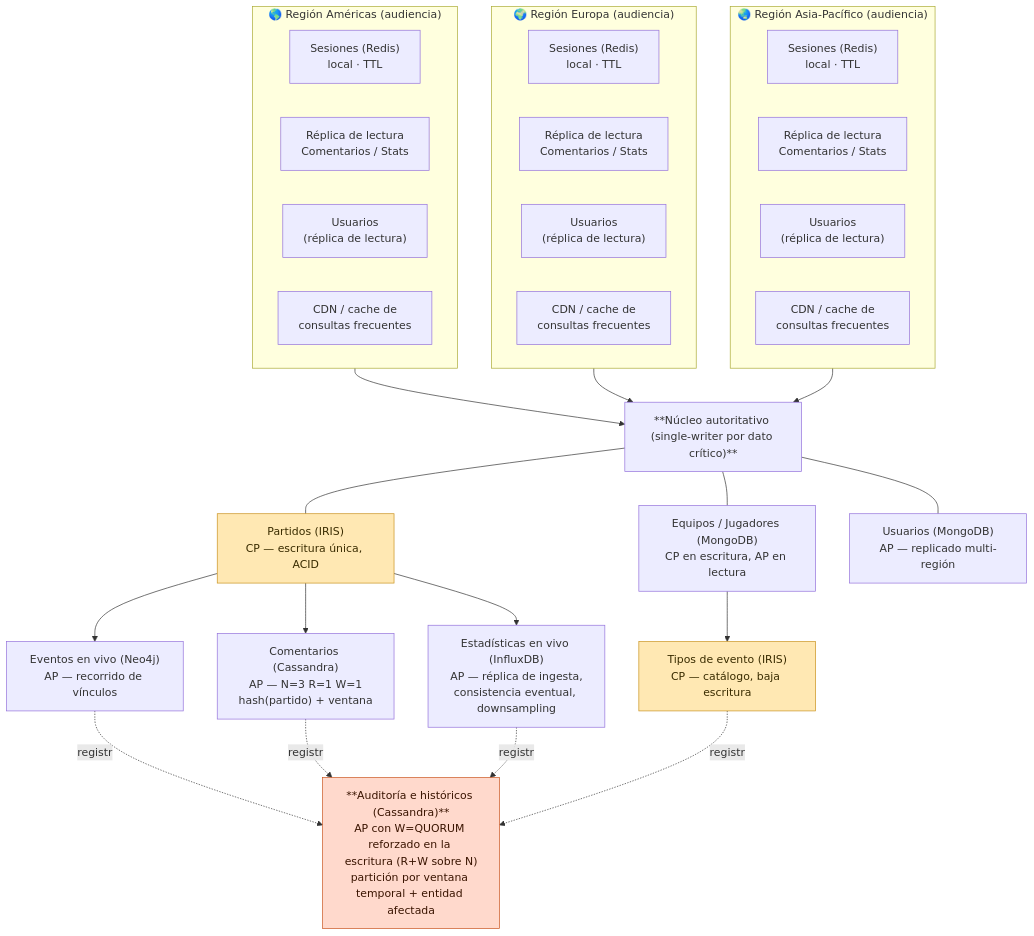
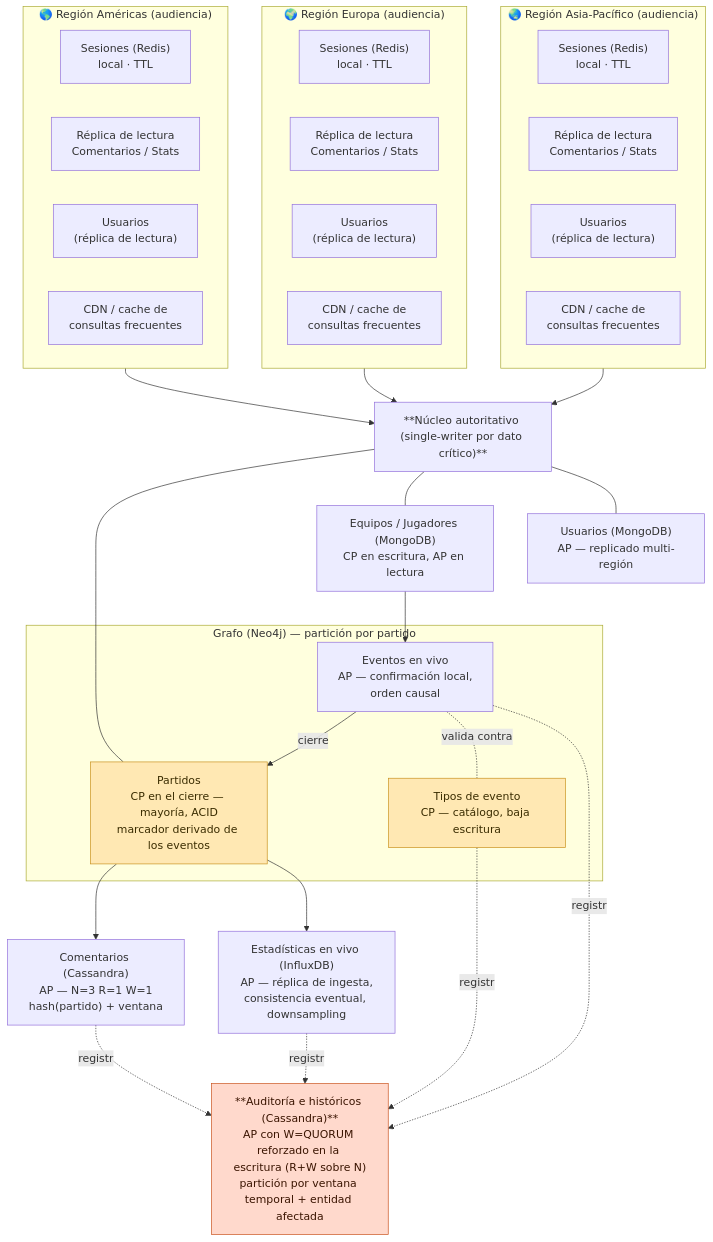
One commit to Joaconz/fixture_2030_ing_datos_II changed the diagram in docs/hito-3-arquitectura-distribuida/hito-3-arquitectura-distribuida.md. Above: the diagram before and after it, drawn with Mermaid. The commit also changed other lines of this file and 10 other files, not shown here.

First line of the commit message:
Reentrega Hito 3: sacar IRIS; Partidos y Tipos de evento pasan a Neo4j

````diff
--- a/docs/hito-3-arquitectura-distribuida/hito-3-arquitectura-distribuida.md
+++ b/docs/hito-3-arquitectura-distribuida/hito-3-arquitectura-distribuida.md
@@ -141,59 +170,62 @@
 ```mermaid
 flowchart TB
     subgraph AM["🌎 Región Américas (audiencia)"]
         AM_S["Sesiones (Redis)<br/>local · TTL"]
         AM_R["Réplica de lectura<br/>Comentarios / Stats"]
         AM_U["Usuarios<br/>(réplica de lectura)"]
         AM_C["CDN / cache de<br/>consultas frecuentes"]
     end
 
     subgraph EU["🌍 Región Europa (audiencia)"]
         EU_S["Sesiones (Redis)<br/>local · TTL"]
         EU_R["Réplica de lectura<br/>Comentarios / Stats"]
         EU_U["Usuarios<br/>(réplica de lectura)"]
         EU_C["CDN / cache de<br/>consultas frecuentes"]
     end
 
     subgraph AP_["🌏 Región Asia-Pacífico (audiencia)"]
         AP_S["Sesiones (Redis)<br/>local · TTL"]
         AP_R["Réplica de lectura<br/>Comentarios / Stats"]
         AP_U["Usuarios<br/>(réplica de lectura)"]
         AP_C["CDN / cache de<br/>consultas frecuentes"]
     end
 
     NUCLEO["**Núcleo autoritativo (single-writer por dato crítico)**"]
 
-    Partidos["Partidos (IRIS)<br/>CP — escritura única, ACID"]
     EquiposJug["Equipos / Jugadores (MongoDB)<br/>CP en escritura, AP en lectura"]
     Usuarios["Usuarios (MongoDB)<br/>AP — replicado multi-región"]
 
-    Eventos["Eventos en vivo (Neo4j)<br/>AP — recorrido de vínculos"]
+    subgraph GRAFO["Grafo (Neo4j) — partición por partido"]
+        Partidos["Partidos<br/>CP en el cierre — mayoría, ACID<br/>marcador derivado de los eventos"]
+        Eventos["Eventos en vivo<br/>AP — confirmación local,<br/>orden causal"]
+        Tipos["Tipos de evento<br/>CP — catálogo, baja escritura"]
+    end
     Comentarios["Comentarios (Cassandra)<br/>AP — N=3 R=1 W=1<br/>hash(partido) + ventana"]
     Estadisticas["Estadísticas en vivo (InfluxDB)<br/>AP — réplica de ingesta,<br/>consistencia eventual, downsampling"]
-    Tipos["Tipos de evento (IRIS)<br/>CP — catálogo, baja escritura"]
 
     Auditoria["**Auditoría e históricos (Cassandra)**<br/>AP con W=QUORUM reforzado en la escritura (R+W sobre N)<br/>partición por ventana temporal + entidad afectada"]
 
     AM --> NUCLEO
     EU --> NUCLEO
     AP_ --> NUCLEO
 
     NUCLEO --- Partidos
     NUCLEO --- EquiposJug
     NUCLEO --- Usuarios
 
-    Partidos --> Eventos
+    Eventos -->|cierre| Partidos
+    Eventos -.valida contra.- Tipos
     Partidos --> Comentarios
     Partidos --> Estadisticas
-    EquiposJug --> Tipos
+    EquiposJug --> Eventos
 
     Eventos -.registro.-> Auditoria
     Comentarios -.registro.-> Auditoria
     Estadisticas -.registro.-> Auditoria
     Tipos -.registro.-> Auditoria
 
     classDef cp fill:#ffe8b3,stroke:#c9911d,color:#3a2c00;
     classDef ap fill:#ffd9cc,stroke:#c9531d,color:#3a1400;
     class Partidos,Tipos cp;
     class Auditoria ap;
 ```
````
